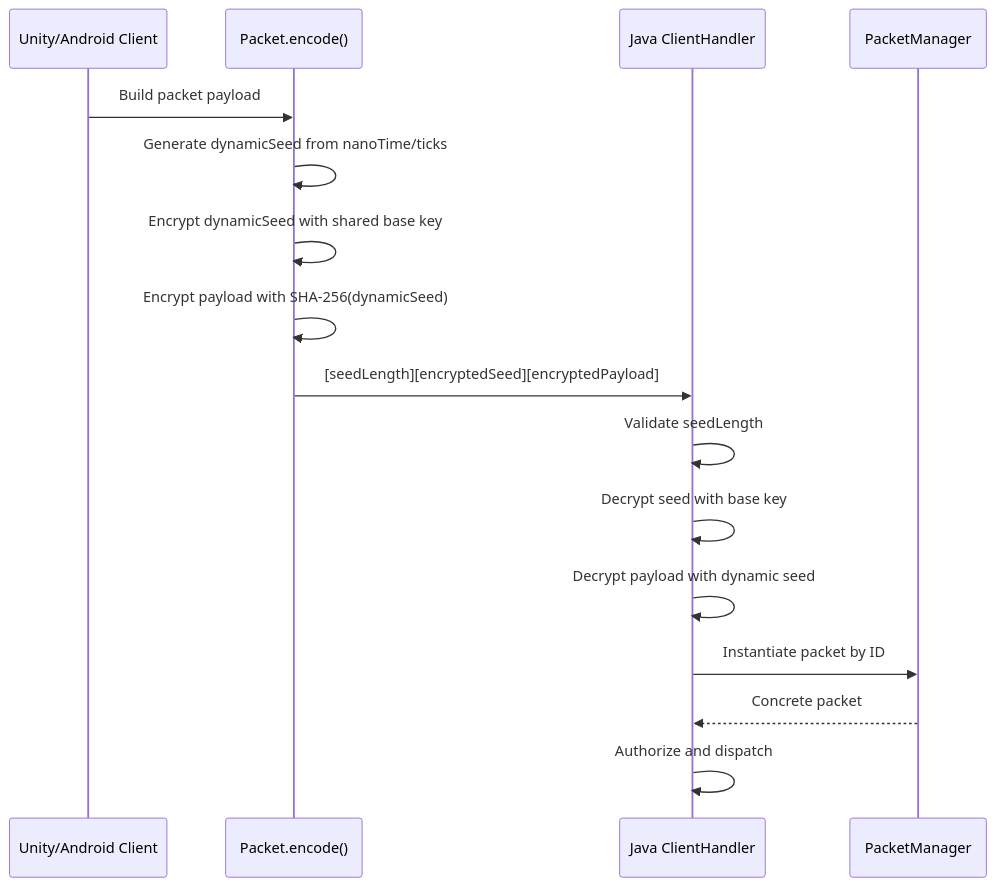
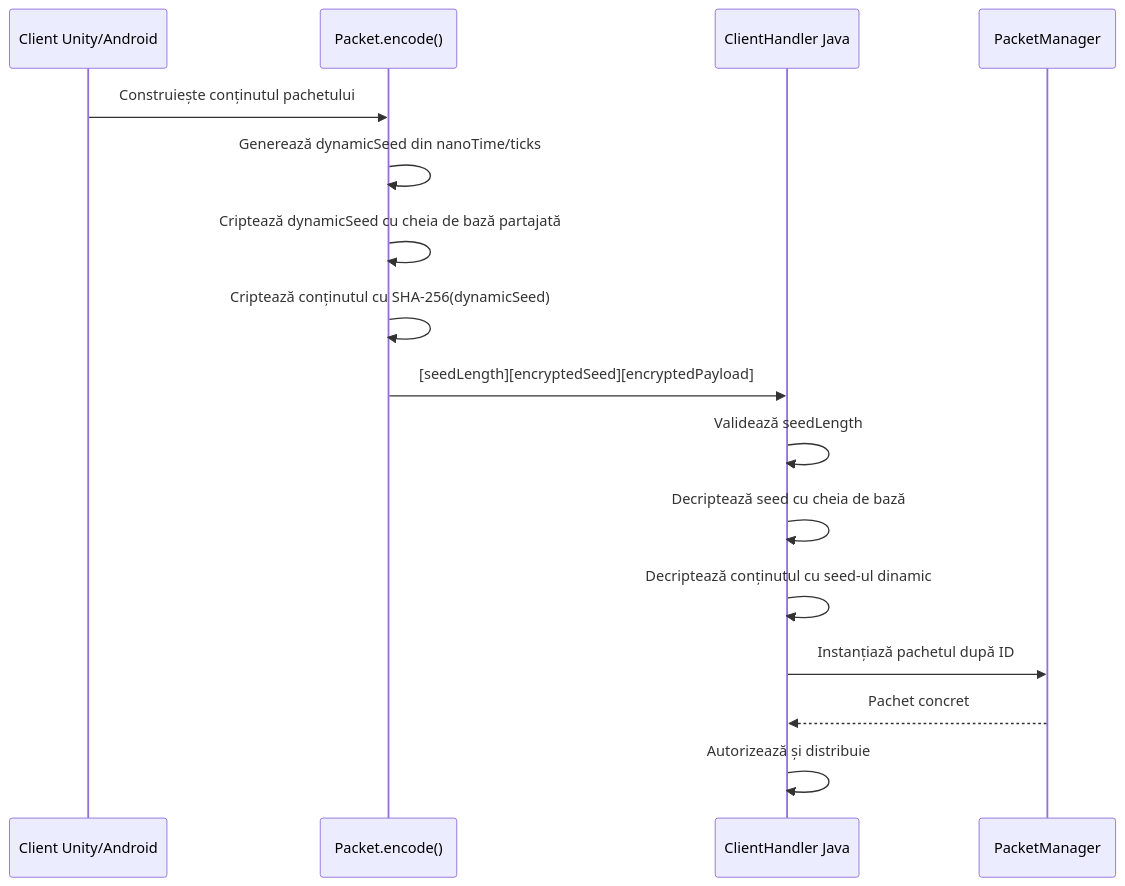
The third of 5 diagrams in README.md (Ieditzu/Mentora), drawn with Mermaid before and after one commit. The commit also changed other lines of this file, not shown here.

````diff
--- a/README.md
+++ b/README.md
@@ -166,19 +166,19 @@
 ```mermaid
 sequenceDiagram
-    participant Client as Unity/Android Client
+    participant Client as Client Unity/Android
     participant Packet as Packet.encode()
-    participant Server as Java ClientHandler
+    participant Server as ClientHandler Java
     participant Manager as PacketManager
 
-    Client->>Packet: Build packet payload
-    Packet->>Packet: Generate dynamicSeed from nanoTime/ticks
-    Packet->>Packet: Encrypt dynamicSeed with shared base key
-    Packet->>Packet: Encrypt payload with SHA-256(dynamicSeed)
+    Client->>Packet: Construiește conținutul pachetului
+    Packet->>Packet: Generează dynamicSeed din nanoTime/ticks
+    Packet->>Packet: Criptează dynamicSeed cu cheia de bază partajată
+    Packet->>Packet: Criptează conținutul cu SHA-256(dynamicSeed)
     Packet->>Server: [seedLength][encryptedSeed][encryptedPayload]
-    Server->>Server: Validate seedLength
-    Server->>Server: Decrypt seed with base key
-    Server->>Server: Decrypt payload with dynamic seed
-    Server->>Manager: Instantiate packet by ID
-    Manager-->>Server: Concrete packet
-    Server->>Server: Authorize and dispatch
+    Server->>Server: Validează seedLength
+    Server->>Server: Decriptează seed cu cheia de bază
+    Server->>Server: Decriptează conținutul cu seed-ul dinamic
+    Server->>Manager: Instanțiază pachetul după ID
+    Manager-->>Server: Pachet concret
+    Server->>Server: Autorizează și distribuie
 ```
````
